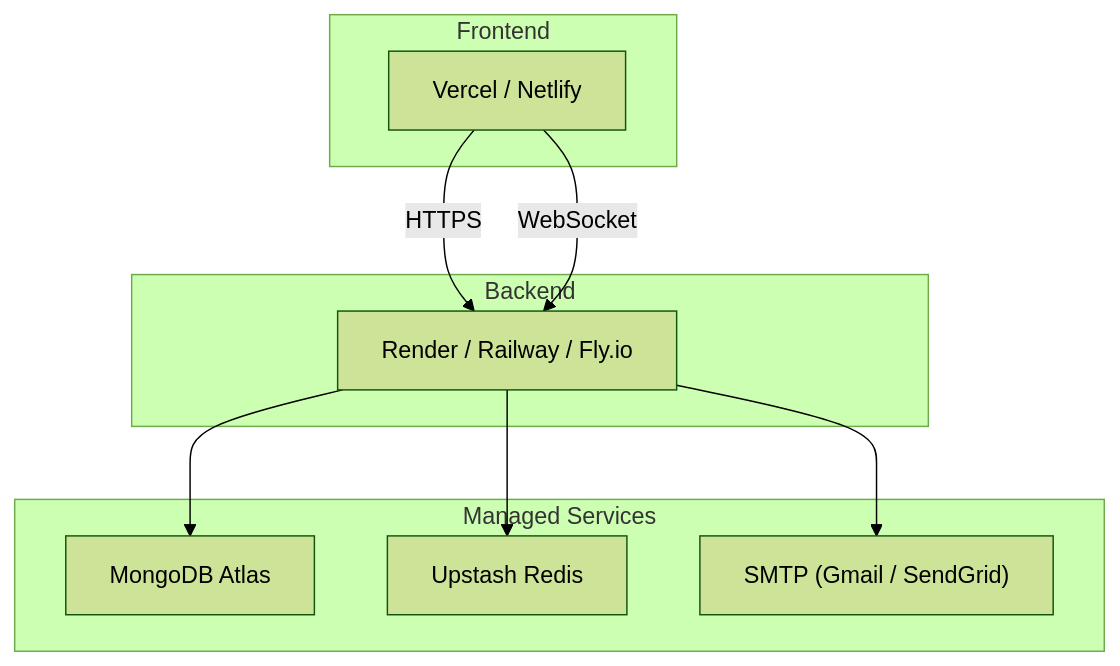
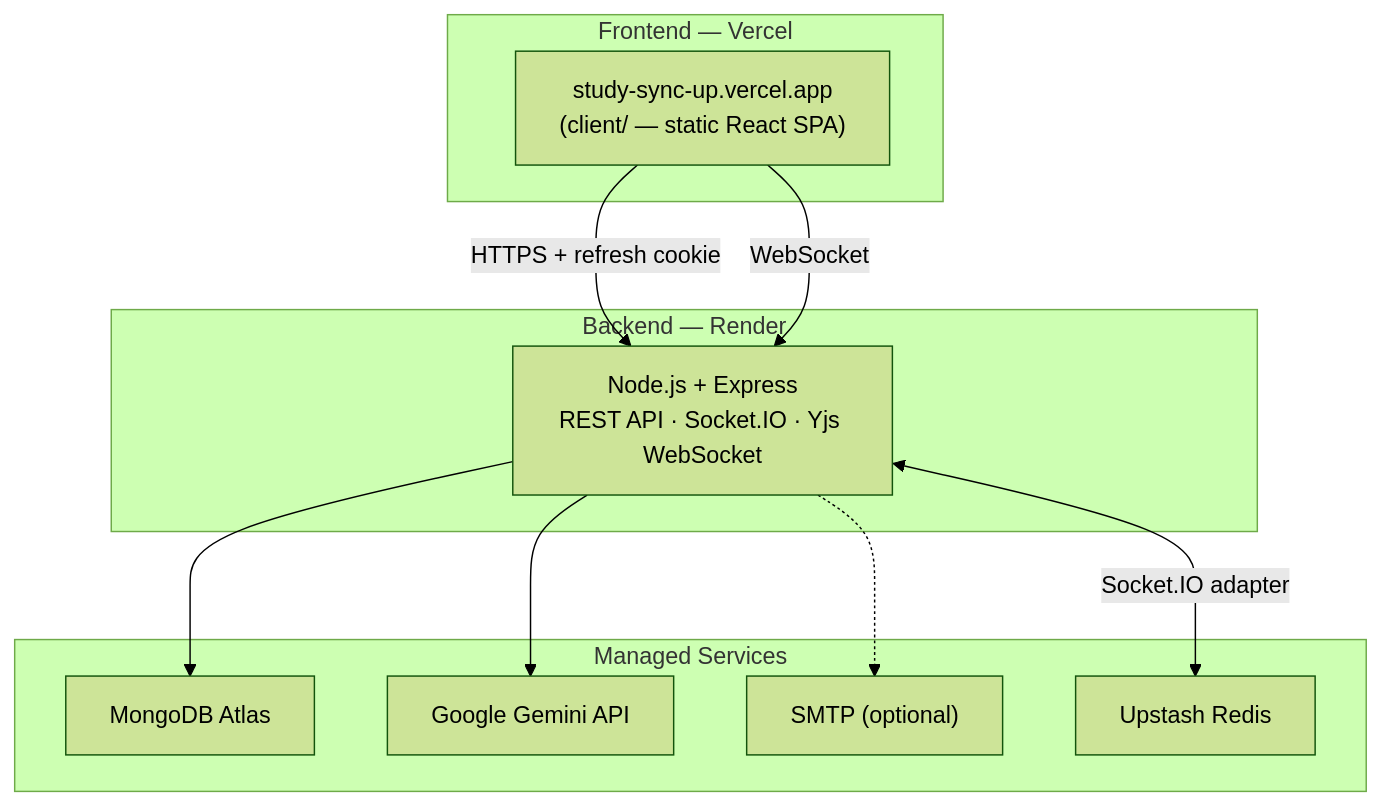
Before and after one commit to Priyansh9506/Hive: diagram 18 of 19 in README.md, drawn with Mermaid (forest theme). The commit also changed other lines of this file and 52 other files, not shown here.

First line of the commit message:
feat: live updates, refresh-token sessions, app theming and responsive workspace

````diff
--- a/README.md
+++ b/README.md
@@ -1109,22 +1308,24 @@
 ```mermaid
 graph TB
-    subgraph Frontend["Frontend"]
-        V["Vercel / Netlify"]
+    subgraph Frontend["Frontend — Vercel"]
+        V["study-sync-up.vercel.app<br/>(client/ — static React SPA)"]
     end
 
-    subgraph Backend["Backend"]
-        R["Render / Railway / Fly.io"]
+    subgraph Backend["Backend — Render"]
+        R["Node.js + Express<br/>REST API · Socket.IO · Yjs WebSocket"]
     end
 
     subgraph Services["Managed Services"]
         MA["MongoDB Atlas"]
+        GE["Google Gemini API"]
+        SM["SMTP (optional)"]
         UP["Upstash Redis"]
-        SM["SMTP (Gmail / SendGrid)"]
     end
 
-    V -->|HTTPS| R
+    V -->|HTTPS + refresh cookie| R
     V -->|WebSocket| R
     R --> MA
-    R --> UP
-    R --> SM
+    R --> GE
+    R -.-> SM
+    R <-->|Socket.IO adapter| UP
 ```
````
